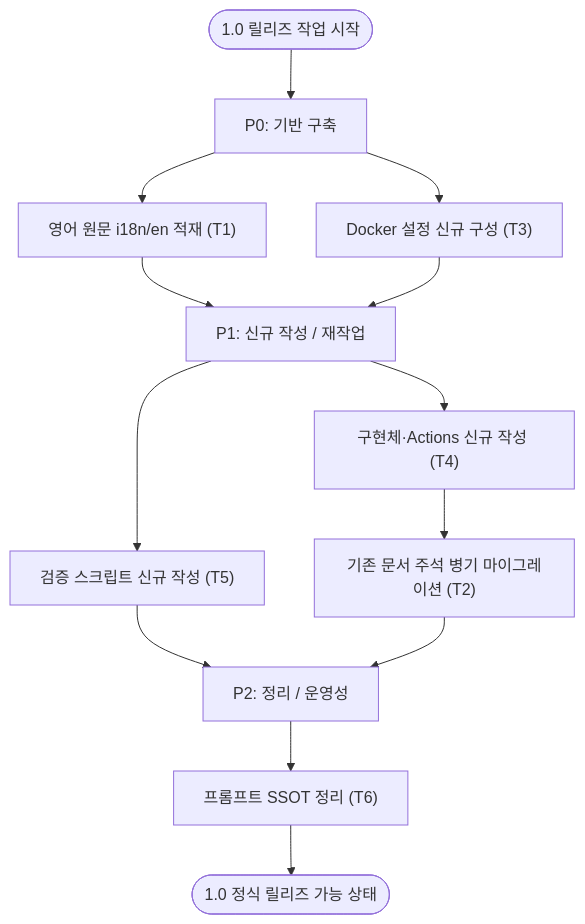
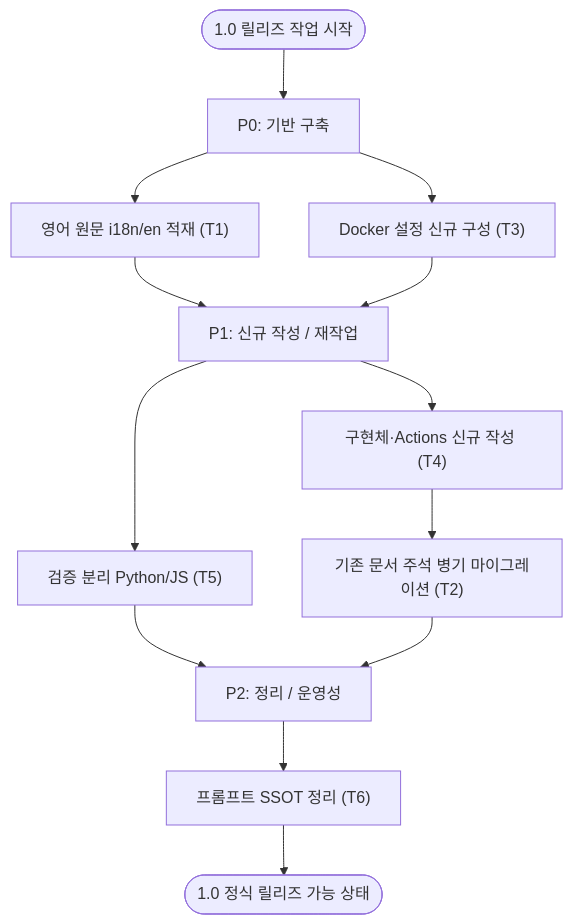
The diagram in translation-sync/docs/05-additional-work.md (letsescape/laravel-docs), drawn with Mermaid before and after one commit. The commit also changed other lines of this file, not shown here.

Commit message:
docs(translation): split verification into python/js in 1.0 plan

````diff
--- a/translation-sync/docs/05-additional-work.md
+++ b/translation-sync/docs/05-additional-work.md
@@ -23,20 +24,20 @@
 ```mermaid
 flowchart TD
     A([1.0 릴리즈 작업 시작]) --> P0["P0: 기반 구축"]
     P0 --> P0a["영어 원문 i18n/en 적재 (T1)"]
     P0 --> P0b["Docker 설정 신규 구성 (T3)"]
 
     P0a --> P1["P1: 신규 작성 / 재작업"]
     P0b --> P1
 
     P1 --> P1a["구현체·Actions 신규 작성 (T4)"]
-    P1 --> P1b["검증 스크립트 신규 작성 (T5)"]
+    P1 --> P1b["검증 분리 Python/JS (T5)"]
     P1a --> P1c["기존 문서 주석 병기 마이그레이션 (T2)"]
 
     P1b --> P2["P2: 정리 / 운영성"]
     P1c --> P2
 
     P2 --> P2a["프롬프트 SSOT 정리 (T6)"]
 
     P2a --> Z([1.0 정식 릴리즈 가능 상태])
 ```
````
